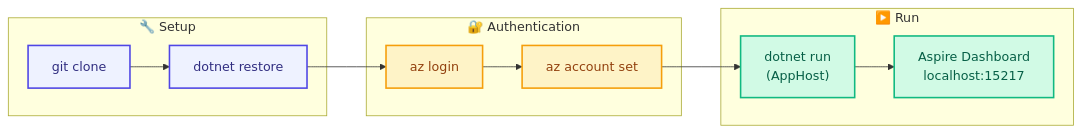
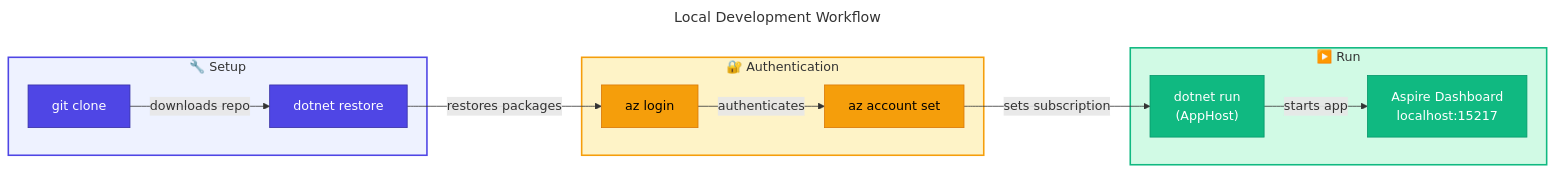
The sixth of 6 diagrams in docs/architecture/07-deployment-architecture.md (Evilazaro/Azure-LogicApps-Monitoring), drawn with Mermaid before and after one commit. The commit also changed other lines of this file, not shown here.

Commit message:
docs: Enhance mermaid diagrams in deployment architecture with titles and improved styling for better clarity and organization

````diff
--- a/docs/architecture/07-deployment-architecture.md
+++ b/docs/architecture/07-deployment-architecture.md
@@ -431,34 +500,48 @@
 ```mermaid
+---
+title: Local Development Workflow
+---
 flowchart LR
-    %% Local Development Workflow - Setup to running
+    %% ===== CLASS DEFINITIONS =====
+    classDef primary fill:#4F46E5,stroke:#3730A3,color:#FFFFFF
+    classDef secondary fill:#10B981,stroke:#059669,color:#FFFFFF
+    classDef datastore fill:#F59E0B,stroke:#D97706,color:#000000
+    classDef external fill:#6B7280,stroke:#4B5563,color:#FFFFFF,stroke-dasharray: 5 5
+    classDef failed fill:#F44336,stroke:#C62828,color:#FFFFFF
+    classDef trigger fill:#818CF8,stroke:#4F46E5,color:#FFFFFF
+    classDef decision fill:#FFFBEB,stroke:#F59E0B,color:#000000
+    classDef input fill:#F3F4F6,stroke:#6B7280,color:#000000
+
+    %% ===== SETUP STAGE =====
     subgraph Setup["🔧 Setup"]
         Clone["git clone"]
         Deps["dotnet restore"]
     end
+    style Setup fill:#EEF2FF,stroke:#4F46E5,stroke-width:2px
 
+    %% ===== AUTHENTICATION STAGE =====
     subgraph Auth["🔐 Authentication"]
         Login["az login"]
         Select["az account set"]
     end
+    style Auth fill:#FEF3C7,stroke:#F59E0B,stroke-width:2px
 
+    %% ===== RUN STAGE =====
     subgraph Run["▶️ Run"]
         Aspire["dotnet run<br/>(AppHost)"]
         Dashboard["Aspire Dashboard<br/>localhost:15217"]
     end
+    style Run fill:#D1FAE5,stroke:#10B981,stroke-width:2px
 
-    %% Workflow flow
-    Clone --> Deps
-    Deps --> Login
-    Login --> Select
-    Select --> Aspire
-    Aspire --> Dashboard
+    %% ===== WORKFLOW CONNECTIONS =====
+    Clone -->|"downloads repo"| Deps
+    Deps -->|"restores packages"| Login
+    Login -->|"authenticates"| Select
+    Select -->|"sets subscription"| Aspire
+    Aspire -->|"starts app"| Dashboard
 
-    %% Modern color palette - WCAG AA compliant
-    classDef setup fill:#EEF2FF,stroke:#4F46E5,stroke-width:2px,color:#312E81
-    classDef auth fill:#FEF3C7,stroke:#F59E0B,stroke-width:2px,color:#92400E
-    classDef run fill:#D1FAE5,stroke:#10B981,stroke-width:2px,color:#065F46
-
-    class Clone,Deps setup
-    class Login,Select auth
-    class Aspire,Dashboard run
+    %% ===== APPLY STYLES =====
+    class Clone,Deps primary
+    class Login,Select datastore
+    class Aspire,Dashboard secondary
 ```
````
